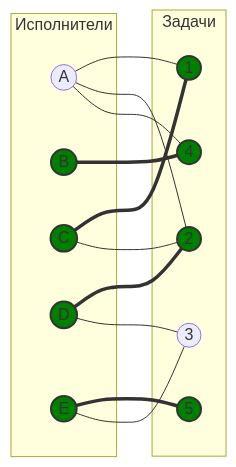
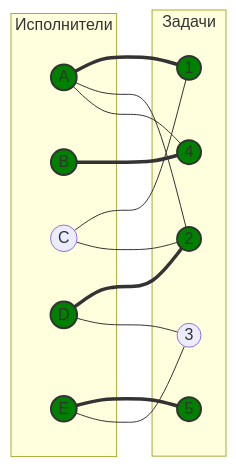
Before and after one commit to algos-ris-24-4/manual-tasks: the tenth of 12 diagrams in Задание 8/algosiki.md, drawn with Mermaid. The commit also changed other lines of this file, not shown here.

````diff
--- a/Задание 8/algosiki.md
+++ b/Задание 8/algosiki.md
@@ -701,37 +521,36 @@
 ```mermaid
 graph LR
     subgraph "Исполнители"
         A((A))
         B((B))
         C((C))
         D((D))
         E((E))
     end
     subgraph "Задачи"
         1((1))
         2((2))
         3((3))
         4((4))
         5((5))
     end
-
-    A --- 1
+    A === 1
     A --- 2
     A --- 4
     B === 4
-    C === 1
+    C --- 1
     C --- 2
     D === 2
     D --- 3
     E === 5
     E --- 3
-    
+
+    style A fill:#008000,stroke:#333,stroke-width:2px
     style B fill:#008000,stroke:#333,stroke-width:2px
-    style C fill:#008000,stroke:#333,stroke-width:2px
     style D fill:#008000,stroke:#333,stroke-width:2px
     style E fill:#008000,stroke:#333,stroke-width:2px
     style 1 fill:#008000,stroke:#333,stroke-width:2px
     style 2 fill:#008000,stroke:#333,stroke-width:2px
     style 4 fill:#008000,stroke:#333,stroke-width:2px
     style 5 fill:#008000,stroke:#333,stroke-width:2px
 ```
````
